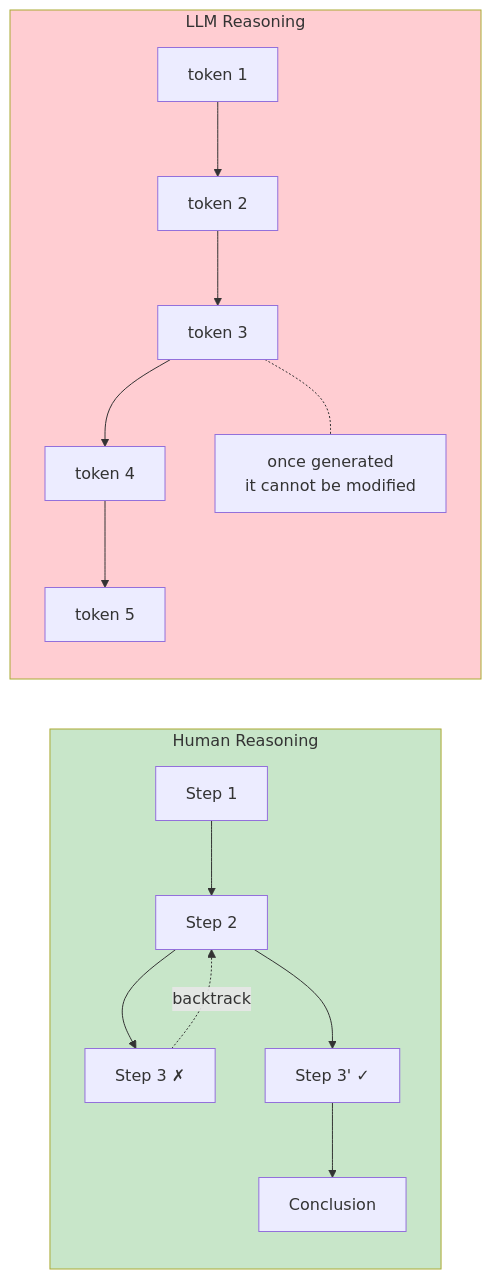
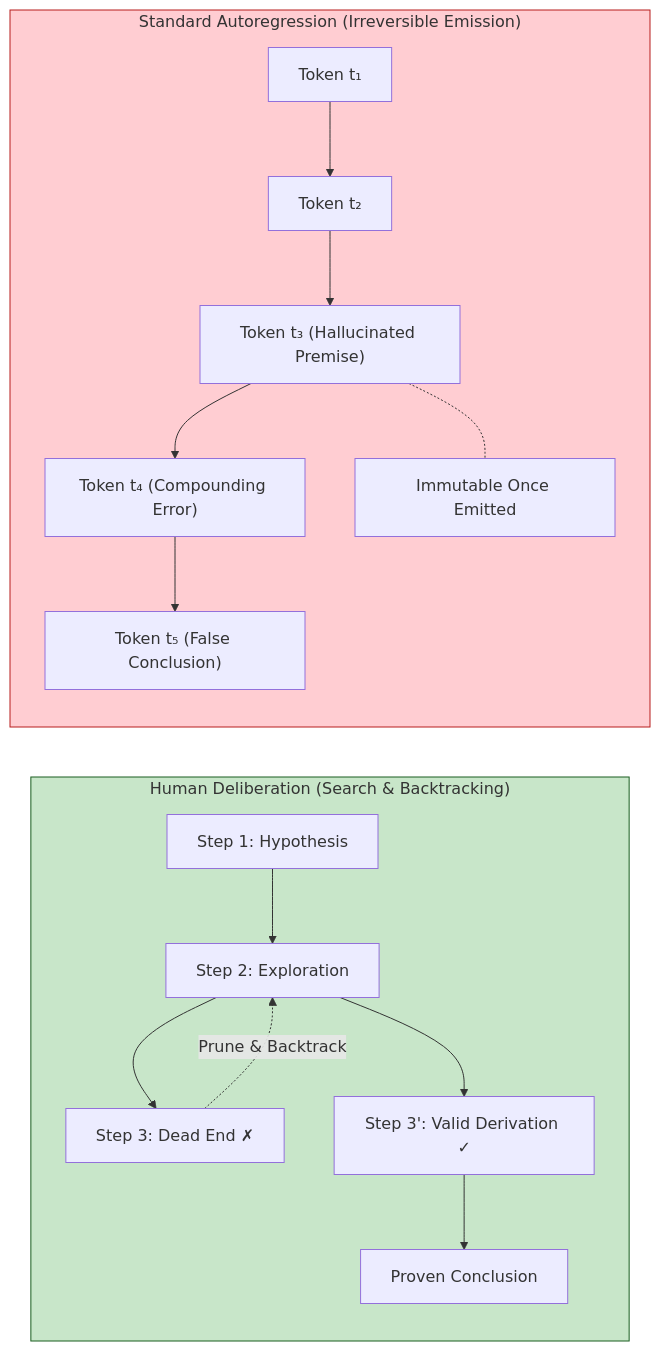
The third of 9 diagrams in en/chapters/06-limitations.md (yingwang/thinking-in-llm), drawn with Mermaid before and after one commit. The commit also changed other lines of this file and 31 other files, not shown here.

````diff
--- a/en/chapters/06-limitations.md
+++ b/en/chapters/06-limitations.md
@@ -210,22 +193,23 @@
 ```mermaid
 flowchart LR
-    subgraph human_reasoning["Human Reasoning"]
+    subgraph human_reasoning["Human Deliberation (Search & Backtracking)"]
         direction TB
-        H1["Step 1"] --> H2["Step 2"]
-        H2 --> H3["Step 3 ✗"]
-        H3 -.->|backtrack| H2
-        H2 --> H4["Step 3' ✓"]
-        H4 --> H5["Conclusion"]
+        H1["Step 1: Hypothesis"] --> H2["Step 2: Exploration"]
+        H2 --> H3["Step 3: Dead End ✗"]
+        H3 -.->|"Prune & Backtrack"| H2
+        H2 --> H4["Step 3': Valid Derivation ✓"]
+        H4 --> H5["Proven Conclusion"]
     end
-    subgraph llm_reasoning["LLM Reasoning"]
+    subgraph llm_reasoning["Standard Autoregression (Irreversible Emission)"]
         direction TB
-        L1["token 1"] --> L2["token 2"]
-        L2 --> L3["token 3"]
-        L3 --> L4["token 4"]
-        L4 --> L5["token 5"]
-        L3 -.- N["once generated<br>it cannot be modified"]
+        L1["Token t₁"] --> L2["Token t₂"]
+        L2 --> L3["Token t₃ (Hallucinated Premise)"]
+        L3 --> L4["Token t₄ (Compounding Error)"]
+        L5["Token t₅ (False Conclusion)"]
+        L4 --> L5
+        L3 -.- N["Immutable Once Emitted"]
     end
 
-    style human_reasoning fill:#c8e6c9
-    style llm_reasoning fill:#ffcdd2
+    style human_reasoning fill:#c8e6c9,stroke:#1b5e20
+    style llm_reasoning fill:#ffcdd2,stroke:#b71c1c
 ```
````
